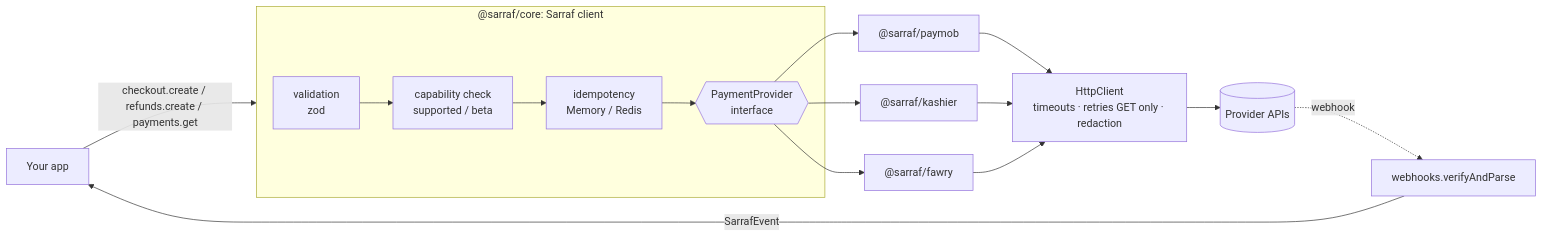
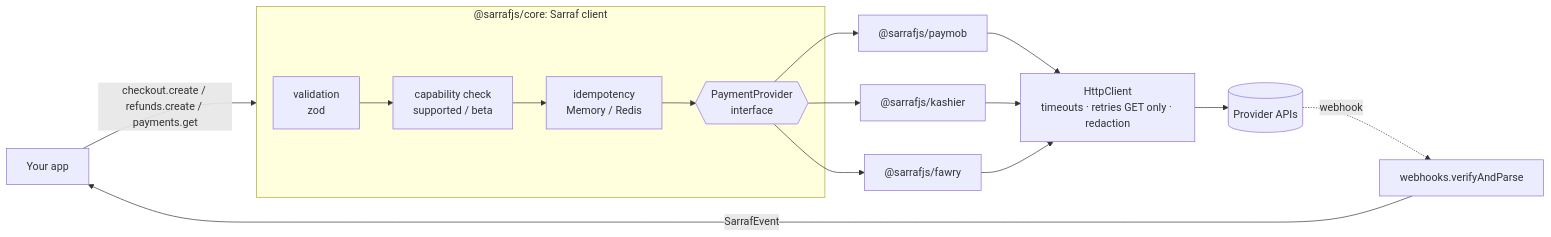
One commit to muhammedalaa1/sarraf changed the diagram in README.md. Above: the diagram before and after it, drawn with Mermaid. The commit also changed other lines of this file and 141 other files, not shown here.

````diff
--- a/README.md
+++ b/README.md
@@ -620,16 +620,16 @@
 ```mermaid
 flowchart LR
   App[Your app] -->|checkout.create / refunds.create / payments.get| Core
-  subgraph Core["@sarraf/core: Sarraf client"]
+  subgraph Core["@sarrafjs/core: Sarraf client"]
     V[validation<br/>zod] --> C[capability check<br/>supported / beta]
     C --> I[idempotency<br/>Memory / Redis]
     I --> A
   end
-  A{{PaymentProvider<br/>interface}} --> P["@sarraf/paymob"]
-  A --> K["@sarraf/kashier"]
-  A --> F["@sarraf/fawry"]
+  A{{PaymentProvider<br/>interface}} --> P["@sarrafjs/paymob"]
+  A --> K["@sarrafjs/kashier"]
+  A --> F["@sarrafjs/fawry"]
   P & K & F --> H[HttpClient<br/>timeouts · retries GET only · redaction]
   H --> Prov[(Provider APIs)]
   Prov -. webhook .-> W[webhooks.verifyAndParse]
   W -->|SarrafEvent| App
 ```
````
